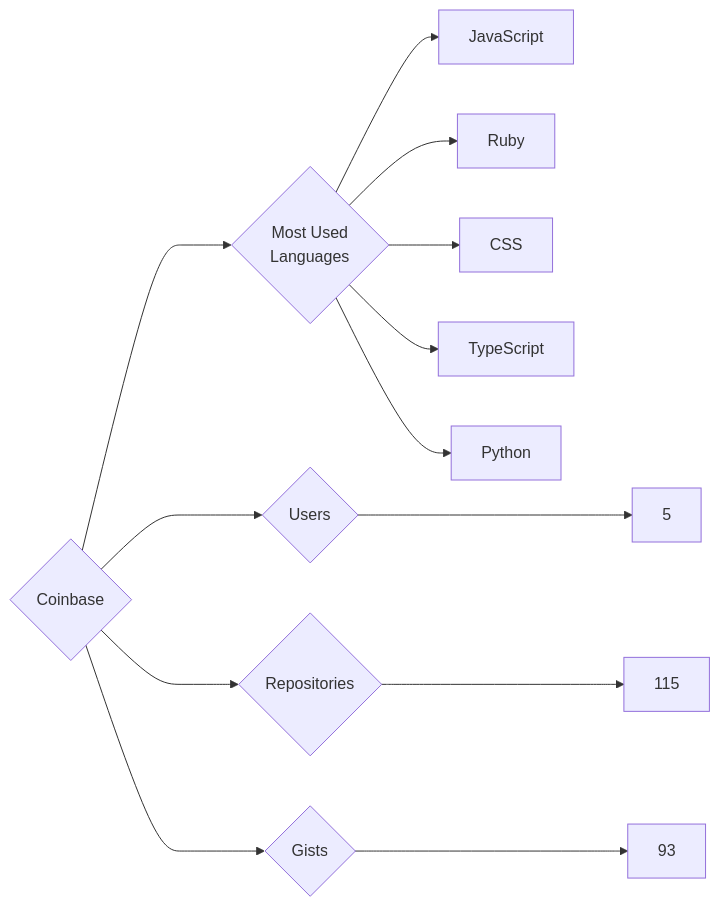
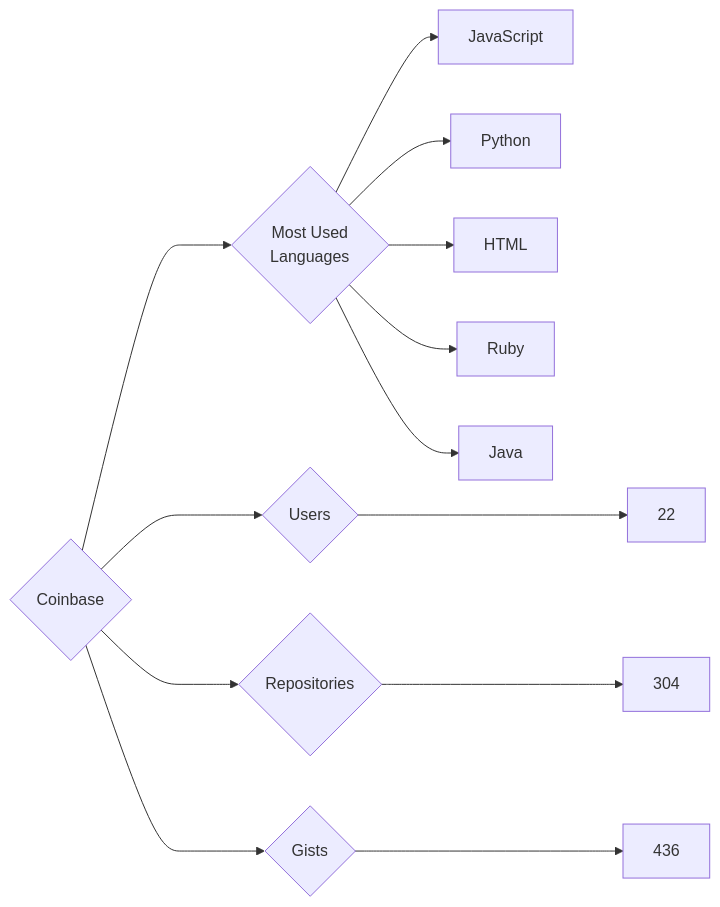
One commit to trickest/insiders changed the diagram in targets/Coinbase/README.md. Above: the diagram before and after it, drawn with Mermaid. The commit also changed 786 other files, not shown here.

````diff
--- a/targets/Coinbase/README.md
+++ b/targets/Coinbase/README.md
@@ -3,13 +3,13 @@
 ```mermaid
 graph LR
 COMPANY_NAME{Coinbase}
-COMPANY_NAME ---> U{Users} ---> UN[5]
-COMPANY_NAME ---> R{Repositories} ---> RN[115]
-COMPANY_NAME ---> G{Gists} ---> GN[93]
+COMPANY_NAME ---> U{Users} ---> UN[22]
+COMPANY_NAME ---> R{Repositories} ---> RN[304]
+COMPANY_NAME ---> G{Gists} ---> GN[436]
 COMPANY_NAME ---> ML{Most Used<br>Languages}
 ML --> JavaScript[JavaScript]
+ML --> Python[Python]
+ML --> HTML[HTML]
 ML --> Ruby[Ruby]
-ML --> CSS[CSS]
-ML --> TypeScript[TypeScript]
-ML --> Python[Python]
+ML --> Java[Java]
 ```
````
